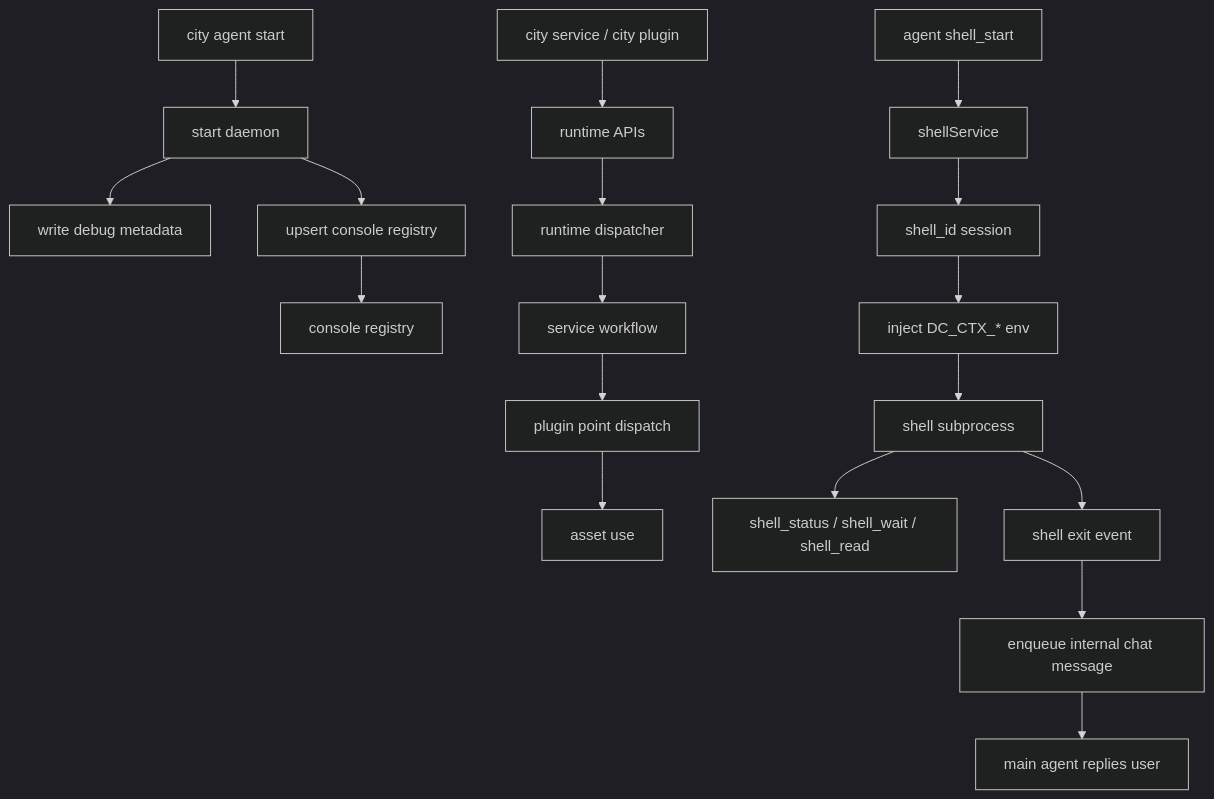
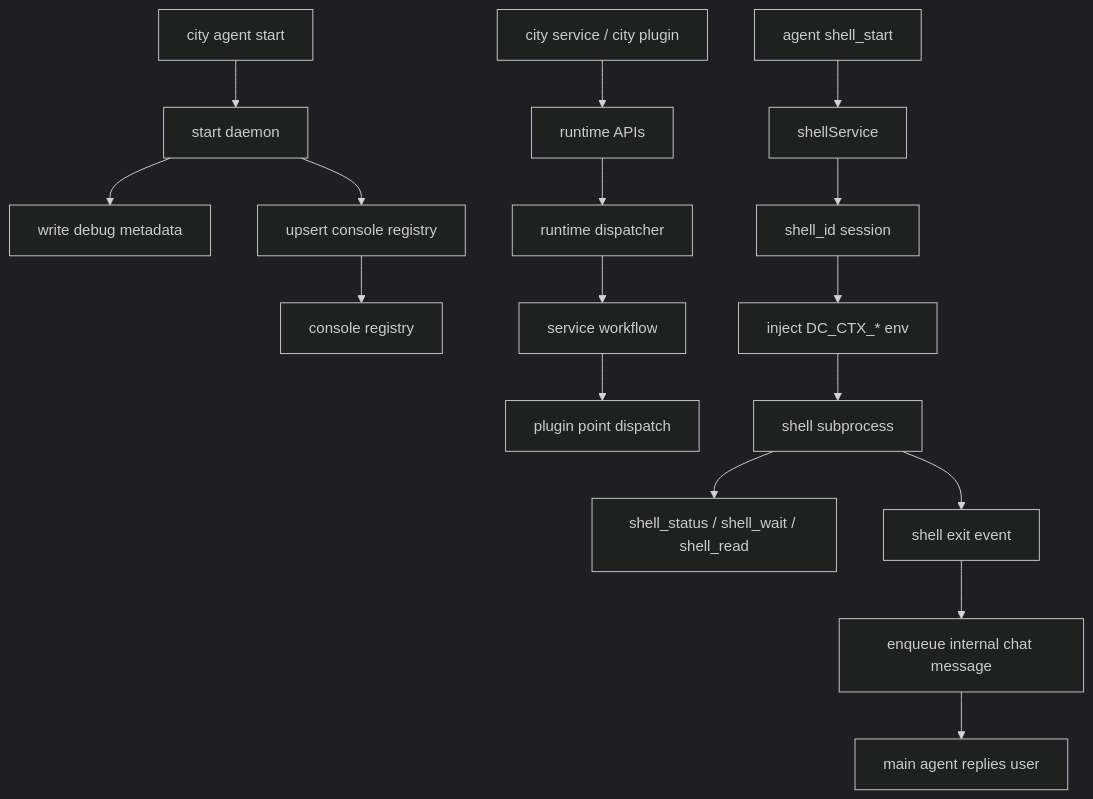
One commit to wangenius/downcity changed the diagram in homepage/content/docs/en/concepts/runtime-registration-service-shell-flow.mdx. Above: the diagram before and after it, drawn with Mermaid (dark theme). The commit also changed other lines of this file and 92 other files, not shown here.

````diff
--- a/homepage/content/docs/en/concepts/runtime-registration-service-shell-flow.mdx
+++ b/homepage/content/docs/en/concepts/runtime-registration-service-shell-flow.mdx
@@ -32,22 +32,21 @@
 ```mermaid
 flowchart TD
   A["city agent start"] --> B["start daemon"]
   B --> C["write debug metadata"]
   B --> D["upsert console registry"]
   D --> E["console registry"]
 
   F["city service / city plugin"] --> G["runtime APIs"]
   G --> H["runtime dispatcher"]
   H --> I["service workflow"]
   I --> J["plugin point dispatch"]
-  J --> K["asset use"]
 
   L["agent shell_start"] --> M["shellService"]
   M --> N["shell_id session"]
   N --> O["inject DC_CTX_* env"]
   O --> P["shell subprocess"]
   P --> Q["shell_status / shell_wait / shell_read"]
   P --> R["shell exit event"]
   R --> S["enqueue internal chat message"]
   S --> T["main agent replies user"]
 ```
````
